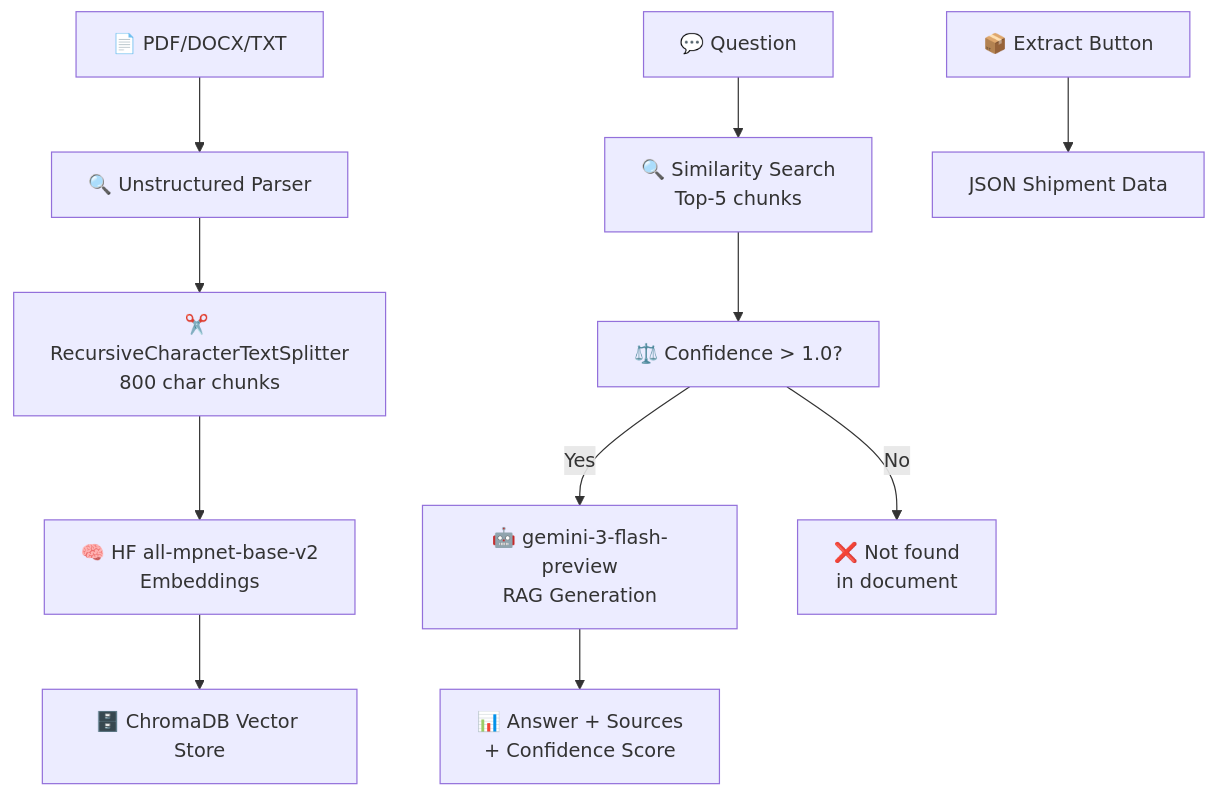
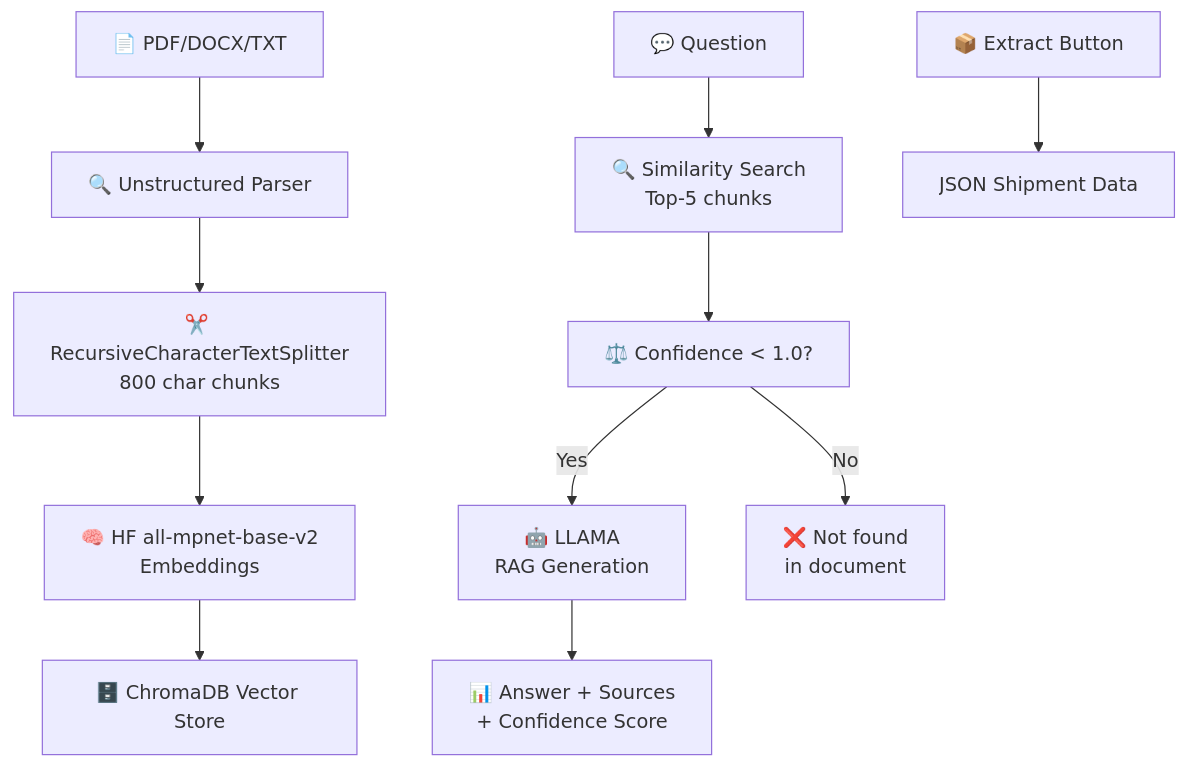
Before and after one commit to ADITYA964/Ultra-Doc-Intelligence-POC: the diagram in README.md, drawn with Mermaid.

````diff
--- a/README.md
+++ b/README.md
@@ -24,15 +24,15 @@
 ```mermaid
 graph TD
     A[📄 PDF/DOCX/TXT] --> B[🔍 Unstructured Parser]
     B --> C[✂️ RecursiveCharacterTextSplitter<br/>800 char chunks]
     C --> D[🧠 HF all-mpnet-base-v2<br/>Embeddings]
     D --> E[🗄️ ChromaDB Vector Store]
     
     F[💬 Question] --> G[🔍 Similarity Search<br/>Top-5 chunks]
-    G --> H[⚖️ Confidence > 1.0?]
-    H -->|Yes| I[🤖 gemini-3-flash-preview<br/>RAG Generation]
+    G --> H[⚖️ Confidence < 1.0?]
+    H -->|Yes| I[🤖 LLAMA <br/>RAG Generation]
     H -->|No| J[❌ Not found<br/>in document]
     I --> K[📊 Answer + Sources<br/>+ Confidence Score]
     
     L[📦 Extract Button] --> M[JSON Shipment Data]
 ```
````
